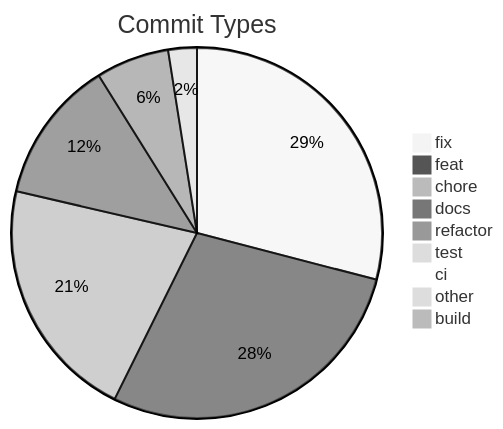
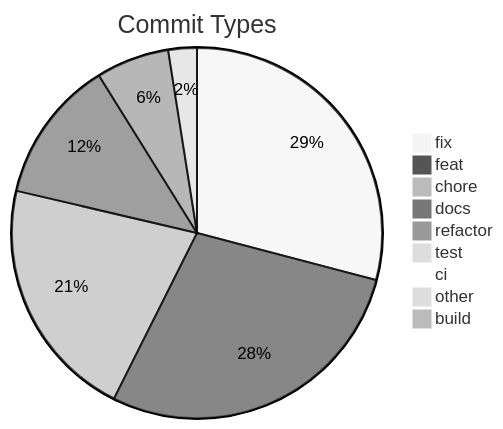
The diagram in .shipwright/compliance/change-history.md (svenroth-ai/shipwright), drawn with Mermaid (neutral theme) before and after one commit. The commit also changed other lines of this file and 17 other files, not shown here.

````diff
--- a/.shipwright/compliance/change-history.md
+++ b/.shipwright/compliance/change-history.md
@@ -8,12 +8,12 @@
 ```mermaid
 pie title Commit Types
-    "fix" : 337
-    "feat" : 328
+    "fix" : 338
+    "feat" : 329
     "chore" : 247
     "docs" : 145
     "refactor" : 74
     "test" : 29
     "ci" : 11
     "other" : 9
     "build" : 1
 ```
````
